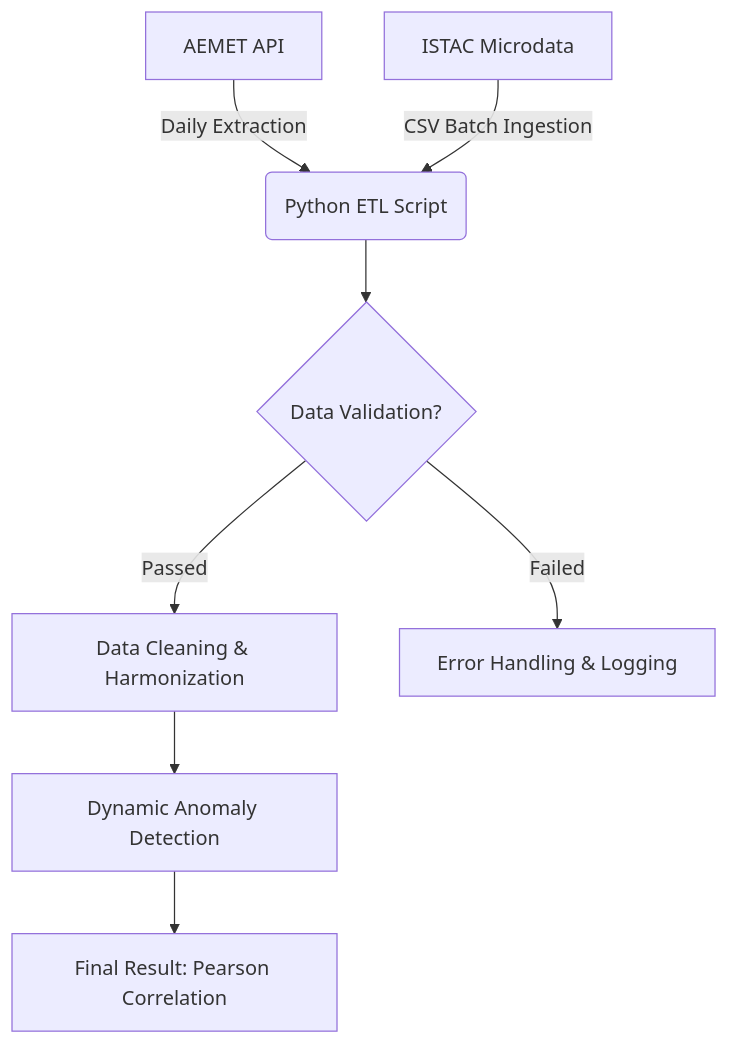
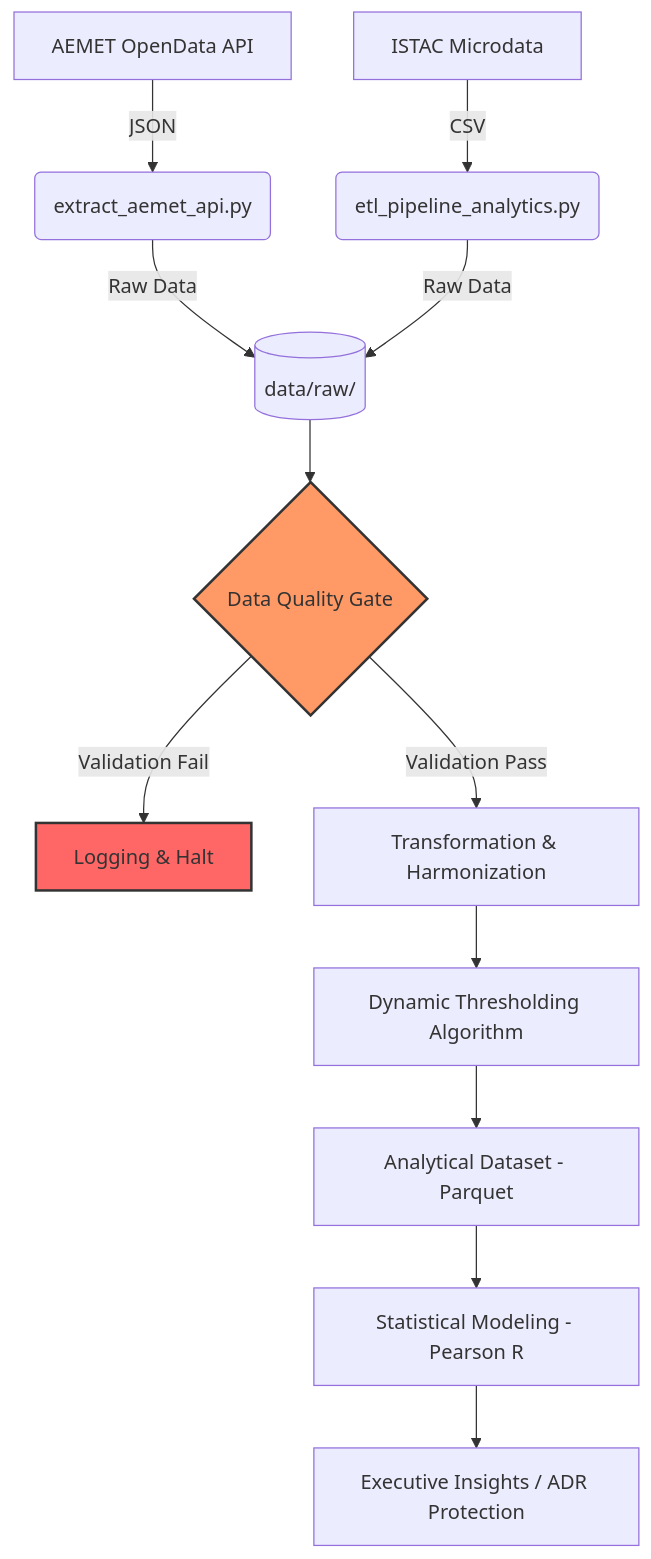
The first of 2 diagrams in README.md (lopezalmeidaalvaro/DataDriven-Weather-Demand), drawn with Mermaid before and after one commit. The commit also changed other lines of this file, not shown here.

First line of the commit message:
Revise README with detailed ETL and analysis insights

````diff
--- a/README.md
+++ b/README.md
@@ -35,10 +25,26 @@
 ```mermaid
 graph TD
-    A[AEMET API] -->|Daily Extraction| B(Python ETL Script)
-    C[ISTAC Microdata] -->|CSV Batch Ingestion| B
-    B --> D{Data Validation?}
-    D -->|Passed| E[Data Cleaning & Harmonization]
-    D -->|Failed| F[Error Handling & Logging]
-    E --> G[Dynamic Anomaly Detection]
-    G --> H[Final Result: Pearson Correlation]
+    %% Sources
+    A[AEMET OpenData API] -->|JSON| B(extract_aemet_api.py)
+    C[ISTAC Microdata] -->|CSV| D(etl_pipeline_analytics.py)
+    
+    %% Storage
+    B -->|Raw Data| E[(data/raw/)]
+    D -->|Raw Data| E
+    
+    %% Processing & Quality
+    E --> F{Data Quality Gate}
+    F -->|Validation Fail| G[Logging & Halt]
+    F -->|Validation Pass| H[Transformation & Harmonization]
+    
+    %% Engineering
+    H --> I[Dynamic Thresholding Algorithm]
+    I --> J[Analytical Dataset - Parquet]
+    
+    %% Output
+    J --> K[Statistical Modeling - Pearson R]
+    K --> L[Executive Insights / ADR Protection]
+
+    style F fill:#f96,stroke:#333,stroke-width:2px
+    style G fill:#f66,stroke:#333,stroke-width:2px
 ```
````
